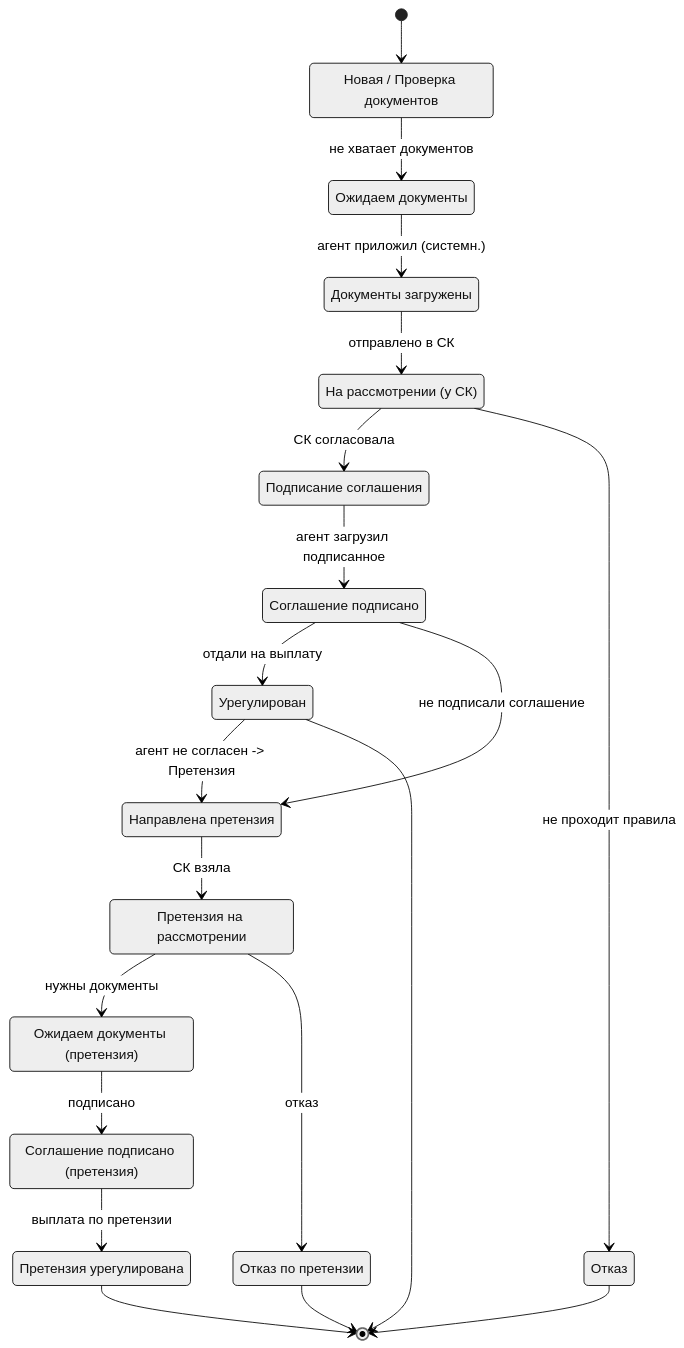
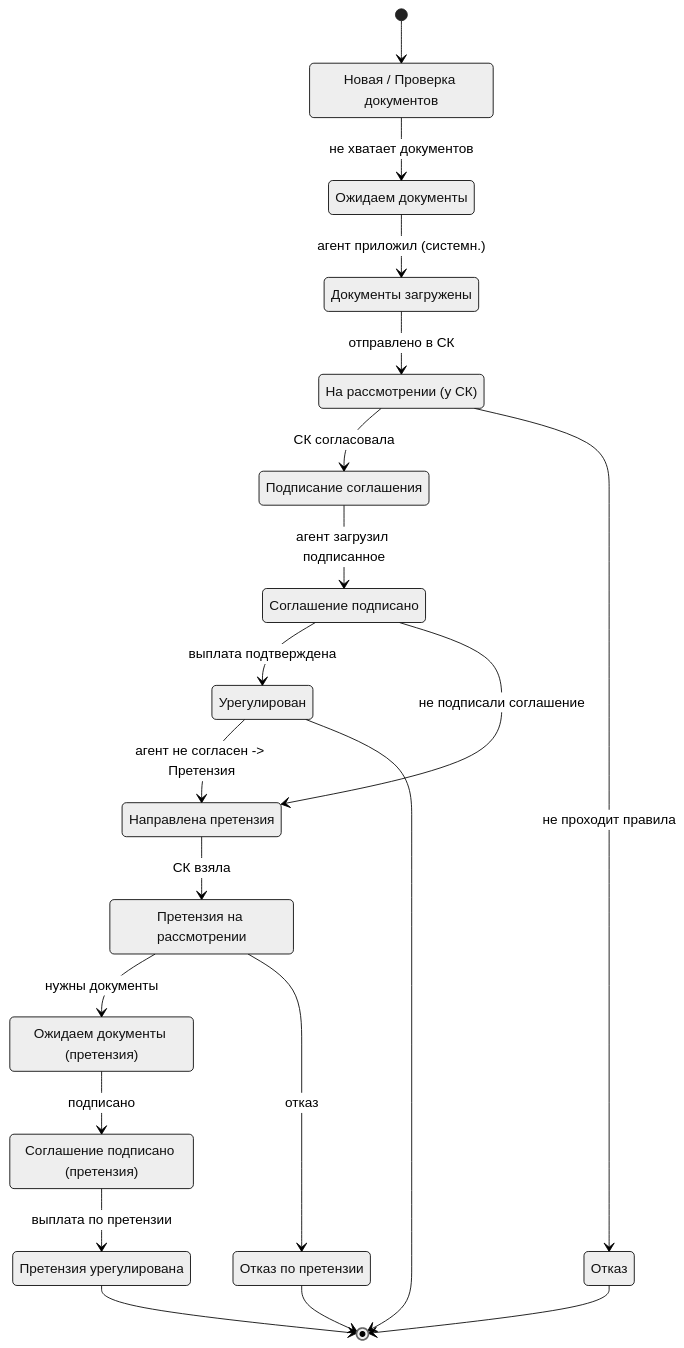
Before and after one commit to Kleshwald/aa-app: the fourth of 6 diagrams in docs/knowledge/10a-status-model-processes.md, drawn with Mermaid (neutral theme). The commit also changed other lines of this file and 12 other files, not shown here.

````diff
--- a/docs/knowledge/10a-status-model-processes.md
+++ b/docs/knowledge/10a-status-model-processes.md
@@ -245,39 +247,39 @@
 ```mermaid
 stateDiagram-v2
     [*] --> new
     state "Новая / Проверка документов" as new
     state "Ожидаем документы" as awaiting_docs
     state "Документы загружены" as docs_uploaded
     state "На рассмотрении (у СК)" as under_review
     state "Подписание соглашения" as signing
     state "Соглашение подписано" as signed
     state "Урегулирован" as settled
     state "Отказ" as rejected
 
     new --> awaiting_docs: не хватает документов
     awaiting_docs --> docs_uploaded: агент приложил (системн.)
     docs_uploaded --> under_review: отправлено в СК
     under_review --> signing: СК согласовала
     signing --> signed: агент загрузил подписанное
-    signed --> settled: отдали на выплату
+    signed --> settled: выплата подтверждена
     under_review --> rejected: не проходит правила
 
     state "Направлена претензия" as claim_filed
     state "Претензия на рассмотрении" as claim_review
     state "Ожидаем документы (претензия)" as claim_awaiting
     state "Соглашение подписано (претензия)" as claim_signed
     state "Претензия урегулирована" as claim_settled
     state "Отказ по претензии" as claim_rejected
 
     settled --> claim_filed: агент не согласен -> Претензия
     signed --> claim_filed: не подписали соглашение
     claim_filed --> claim_review: СК взяла
     claim_review --> claim_awaiting: нужны документы
     claim_awaiting --> claim_signed: подписано
     claim_signed --> claim_settled: выплата по претензии
     claim_review --> claim_rejected: отказ
     settled --> [*]
     rejected --> [*]
     claim_settled --> [*]
     claim_rejected --> [*]
 ```
````
